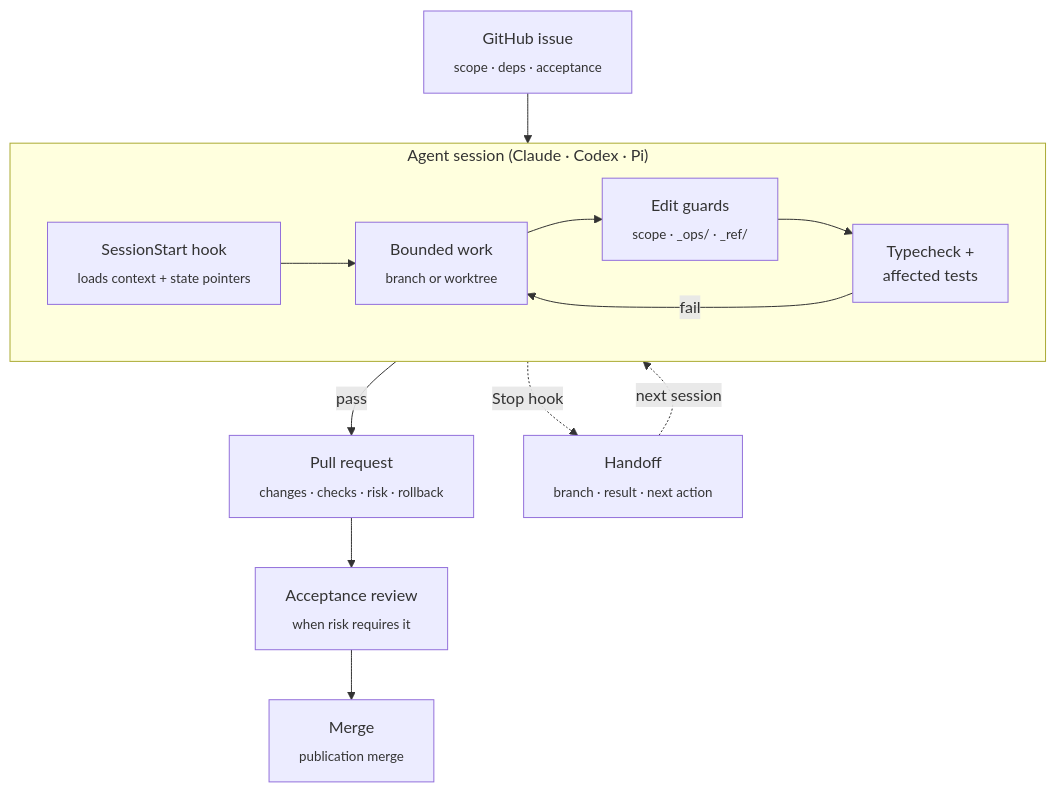
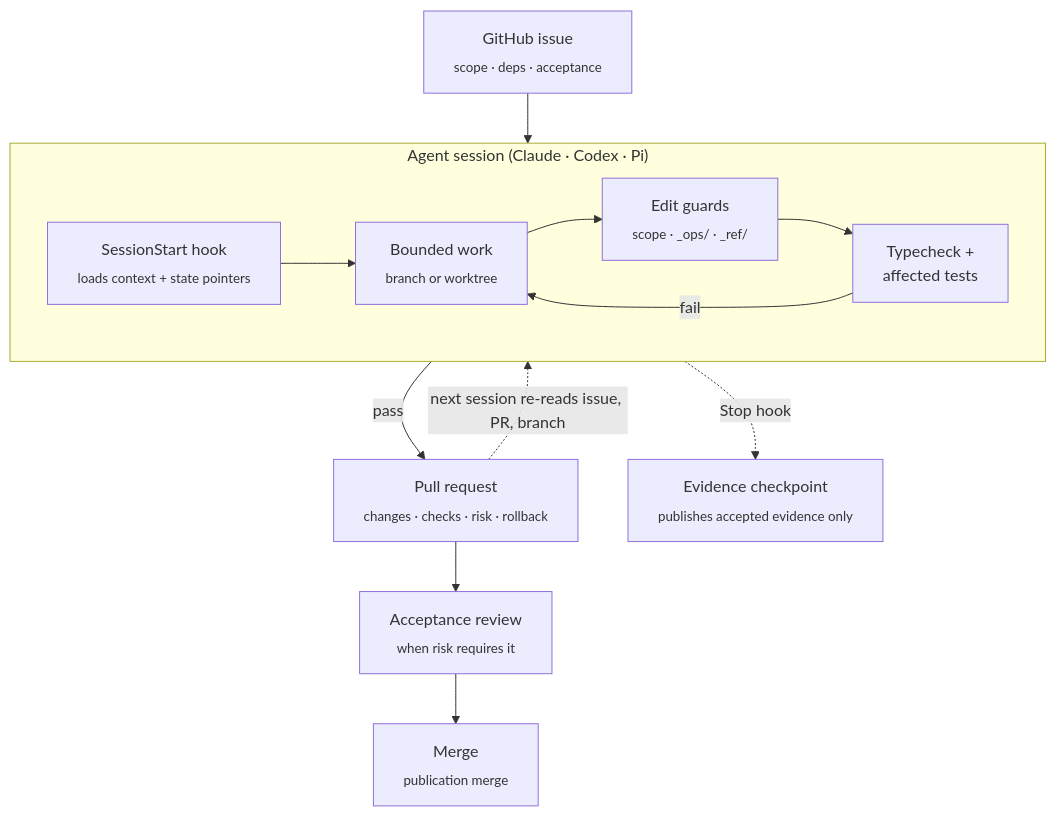
Before and after one commit to Ancienttwo/repo-harness: the first of 3 diagrams in README.md, drawn with Mermaid. The commit also changed other lines of this file and 1 other file, not shown here.

First line of the commit message:
docs: stop promising a Stop-hook handoff in the README diagrams

````diff
--- a/README.md
+++ b/README.md
@@ -105,16 +105,16 @@
 ```mermaid
 flowchart TB
   Issue["GitHub issue<br/><sub>scope · deps · acceptance</sub>"] --> Start
   subgraph Session["Agent session (Claude · Codex · Pi)"]
     direction LR
     Start["SessionStart hook<br/><sub>loads context + state pointers</sub>"] --> Work["Bounded work<br/><sub>branch or worktree</sub>"]
     Work --> Guard["Edit guards<br/><sub>scope · _ops/ · _ref/</sub>"]
     Guard --> Verify["Typecheck +<br/>affected tests"]
     Verify -->|fail| Work
   end
   Verify -->|pass| PR["Pull request<br/><sub>changes · checks · risk · rollback</sub>"]
   PR --> Review["Acceptance review<br/><sub>when risk requires it</sub>"]
   Review --> Merge["Merge<br/><sub>publication merge</sub>"]
-  Work -. Stop hook .-> Handoff["Handoff<br/><sub>branch · result · next action</sub>"]
-  Handoff -. next session .-> Start
+  Work -. Stop hook .-> Checkpoint["Evidence checkpoint<br/><sub>publishes accepted evidence only</sub>"]
+  PR -. next session re-reads issue, PR, branch .-> Start
 ```
````
